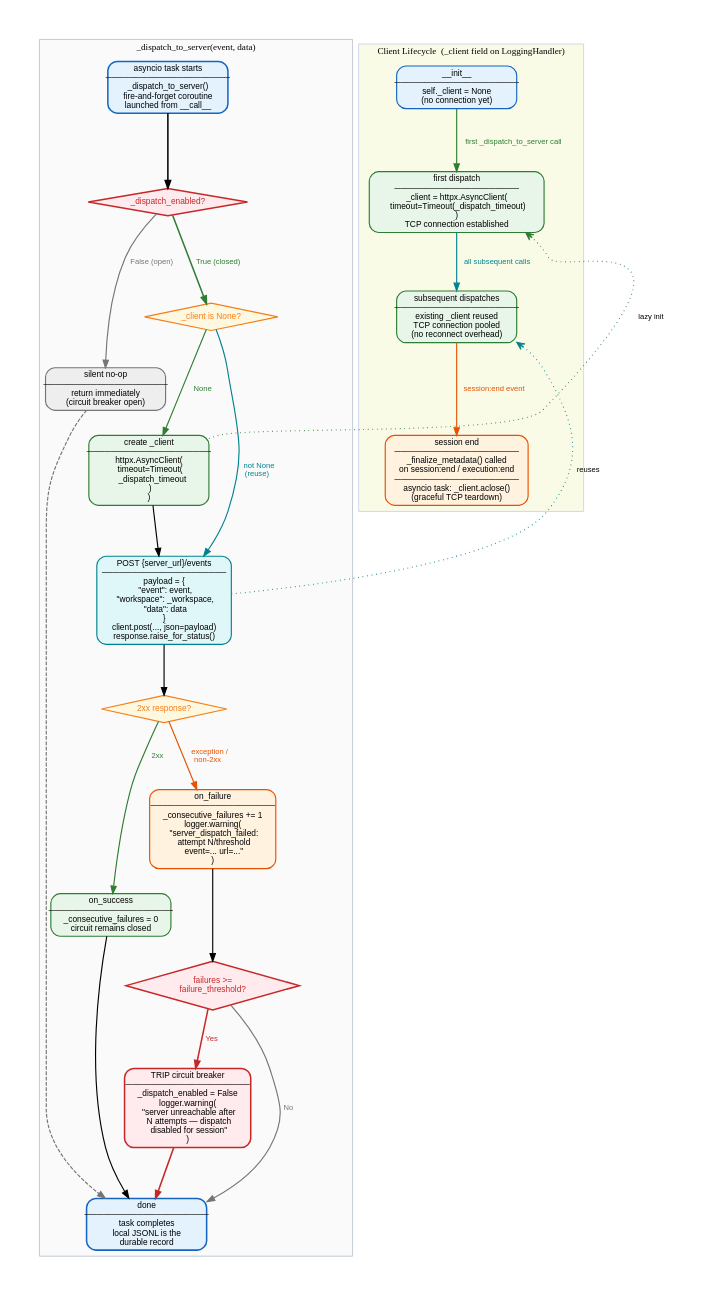
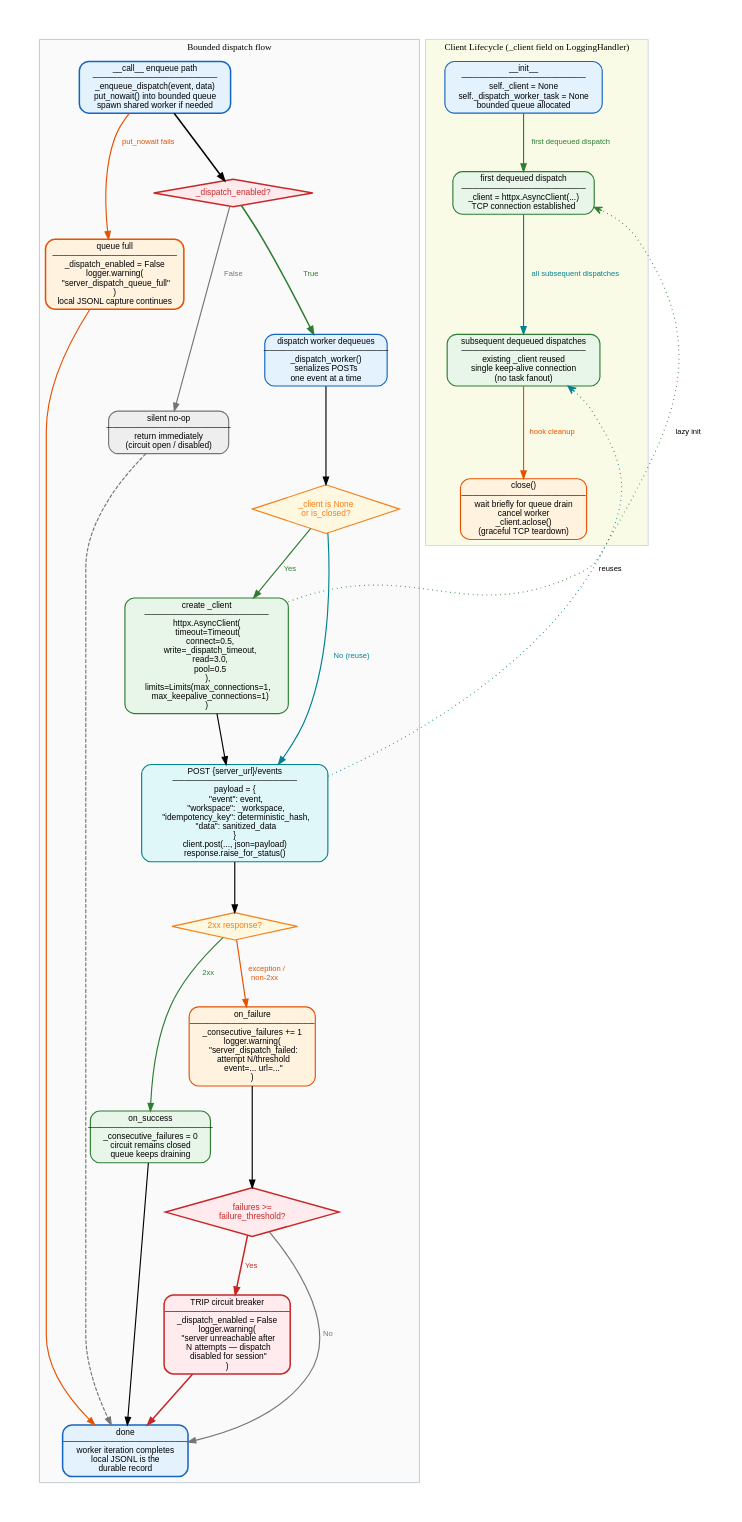
One commit to microsoft/amplifier-bundle-context-intelligence changed the diagram in docs/dispatch-circuit-breaker.dot. Above: the diagram before and after it, drawn with Graphviz. The commit also changed 11 other files, not shown here.

Commit message:
fix(hook): harden dispatch path and version metadata

```diff
--- a/docs/dispatch-circuit-breaker.dot
+++ b/docs/dispatch-circuit-breaker.dot
@@ -1,9 +1,10 @@
-// Dispatch Circuit Breaker — _dispatch_to_server Flow + Client Lifecycle
+// Dispatch Circuit Breaker — Queue Worker + _dispatch_to_server + Client Lifecycle
 // Context-Intelligence Bundle — LoggingHandler
 //
-// Shows the full dispatch flow with circuit breaker protection:
+// Shows the full bounded dispatch flow with circuit breaker protection:
+// - enqueue path in __call__ (bounded queue + worker startup)
 // - _dispatch_to_server internal logic (enabled check, lazy client, POST, failure tracking)
-// - Client Lifecycle (_client=None → lazy create → reuse → aclose on session end)
+// - client lifecycle (_client=None -> lazy create -> reuse -> aclose on close())
 //
 // Color coding:
 //   blue   (#E3F2FD / #1565C0) — entry / exit nodes
@@ -23,32 +24,31 @@
     ranksep=0.9;
     pad=0.5;
 
-    // ─── Global defaults ──────────────────────────────────────────────────────
     node [fontname="Helvetica", fontsize=11];
     edge [fontname="Helvetica", fontsize=10];
 
-    // ═══════════════════════════════════════════════════════════════════════
-    // DISPATCH FLOW — _dispatch_to_server(event, data)
-    // ═══════════════════════════════════════════════════════════════════════
-
     subgraph cluster_dispatch {
-        label="_dispatch_to_server(event, data)";
+        label="Bounded dispatch flow";
         style=filled;
         fillcolor="#FAFAFA";
         color="#B0BEC5";
         fontsize=12;
         fontname="Helvetica Bold";
 
-        // ─── Entry ────────────────────────────────────────────────────────
         node [shape=box, style="rounded,filled", penwidth=2];
 
         entry [
-            label="asyncio task starts\n─────────────────────\n_dispatch_to_server()\nfire-and-forget coroutine\nlaunched from __call__",
+            label="__call__ enqueue path\n─────────────────────\n_enqueue_dispatch(event, data)\nput_nowait() into bounded queue\nspawn shared worker if needed",
             fillcolor="#E3F2FD",
             color="#1565C0"
         ];
 
-        // ─── Check: dispatch enabled? ─────────────────────────────────────
+        queue_full [
+            label="queue full\n─────────────────────\n_dispatch_enabled = False\nlogger.warning(\n  \"server_dispatch_queue_full\"\n)\nlocal JSONL capture continues",
+            fillcolor="#FFF3E0",
+            color="#E65100"
+        ];
+
         node [shape=diamond, style=filled, penwidth=2];
 
         check_enabled [
@@ -58,42 +58,43 @@
             fontcolor="#C62828"
         ];
 
-        // ─── Skip (circuit open) ──────────────────────────────────────────
         node [shape=box, style="rounded,filled", penwidth=1.5];
 
         skip [
-            label="silent no-op\n─────────────────────\nreturn immediately\n(circuit breaker open)",
+            label="silent no-op\n─────────────────────\nreturn immediately\n(circuit open / disabled)",
             fillcolor="#EEEEEE",
             color="#757575"
         ];
 
-        // ─── Check: client exists? ────────────────────────────────────────
+        worker_entry [
+            label="dispatch worker dequeues\n─────────────────────\n_dispatch_worker()\nserializes POSTs\none event at a time",
+            fillcolor="#E3F2FD",
+            color="#1565C0"
+        ];
+
         node [shape=diamond, style=filled, penwidth=1.5];
 
         check_client [
-            label="_client is None?",
+            label="_client is None\nor is_closed?",
             fillcolor="#FFF8E1",
             color="#F57F17",
             fontcolor="#F57F17"
         ];
 
-        // ─── Create client ────────────────────────────────────────────────
         node [shape=box, style="rounded,filled", penwidth=1.5];
 
         create_client [
-            label="create _client\n─────────────────────\nhttpx.AsyncClient(\n  timeout=Timeout(\n    _dispatch_timeout\n  )\n)",
+            label="create _client\n─────────────────────\nhttpx.AsyncClient(\n  timeout=Timeout(\n    connect=0.5,\n    write=_dispatch_timeout,\n    read=3.0,\n    pool=0.5\n  ),\n  limits=Limits(max_connections=1,\n    max_keepalive_connections=1)\n)",
             fillcolor="#E8F5E9",
             color="#2E7D32"
         ];
 
-        // ─── POST to server ───────────────────────────────────────────────
         post [
-            label="POST {server_url}/events\n─────────────────────\npayload = {\n  \"event\": event,\n  \"workspace\": _workspace,\n  \"data\": data\n}\nclient.post(..., json=payload)\nresponse.raise_for_status()",
+            label="POST {server_url}/events\n─────────────────────\npayload = {\n  \"event\": event,\n  \"workspace\": _workspace,\n  \"idempotency_key\": deterministic_hash,\n  \"data\": sanitized_data\n}\nclient.post(..., json=payload)\nresponse.raise_for_status()",
             fillcolor="#E0F7FA",
             color="#00838F"
         ];
 
-        // ─── Check result ─────────────────────────────────────────────────
         node [shape=diamond, style=filled, penwidth=1.5];
 
         check_result [
@@ -103,23 +104,20 @@
             fontcolor="#F57F17"
         ];
 
-        // ─── On success ───────────────────────────────────────────────────
         node [shape=box, style="rounded,filled", penwidth=1.5];
 
         on_success [
-            label="on_success\n─────────────────────\n_consecutive_failures = 0\ncircuit remains closed",
+            label="on_success\n─────────────────────\n_consecutive_failures = 0\ncircuit remains closed\nqueue keeps draining",
             fillcolor="#E8F5E9",
             color="#2E7D32"
         ];
 
-        // ─── On failure ───────────────────────────────────────────────────
         on_failure [
             label="on_failure\n─────────────────────\n_consecutive_failures += 1\nlogger.warning(\n  \"server_dispatch_failed:\n  attempt N/threshold\n  event=... url=...\"\n)",
             fillcolor="#FFF3E0",
             color="#E65100"
         ];
 
-        // ─── Check threshold ──────────────────────────────────────────────
         node [shape=diamond, style=filled, penwidth=2];
 
         check_threshold [
@@ -129,7 +127,6 @@
             fontcolor="#C62828"
         ];
 
-        // ─── Trip circuit breaker ─────────────────────────────────────────
         node [shape=box, style="rounded,filled", penwidth=2];
 
         trip [
@@ -138,63 +135,88 @@
             color="#C62828"
         ];
 
-        // ─── Done ─────────────────────────────────────────────────────────
         done [
-            label="done\n─────────────────────\ntask completes\nlocal JSONL is the\ndurable record",
+            label="done\n─────────────────────\nworker iteration completes\nlocal JSONL is the\ndurable record",
             fillcolor="#E3F2FD",
             color="#1565C0"
         ];
 
-        // ─── Edges ────────────────────────────────────────────────────────
         entry -> check_enabled [penwidth=2];
+        entry -> queue_full [
+            label="  put_nowait fails  ",
+            color="#E65100",
+            fontcolor="#E65100",
+            penwidth=1.5
+        ];
 
         check_enabled -> skip [
-            label="  False (open)  ", color="#757575", fontcolor="#757575", penwidth=1.5
+            label="  False  ",
+            color="#757575",
+            fontcolor="#757575",
+            penwidth=1.5
         ];
-        check_enabled -> check_client [
-            label="  True (closed)  ", color="#2E7D32", fontcolor="#2E7D32", penwidth=2
+        check_enabled -> worker_entry [
+            label="  True  ",
+            color="#2E7D32",
+            fontcolor="#2E7D32",
+            penwidth=2
         ];
 
         skip -> done [penwidth=1.5, style=dashed, color="#757575"];
+        queue_full -> done [penwidth=1.5, color="#E65100"];
+
+        worker_entry -> check_client [penwidth=1.5];
 
         check_client -> create_client [
-            label="  None  ", color="#2E7D32", fontcolor="#2E7D32", penwidth=1.5
+            label="  Yes  ",
+            color="#2E7D32",
+            fontcolor="#2E7D32",
+            penwidth=1.5
         ];
         check_client -> post [
-            label="  not None\n  (reuse)  ", color="#00838F", fontcolor="#00838F", penwidth=1.5
+            label="  No (reuse)  ",
+            color="#00838F",
+            fontcolor="#00838F",
+            penwidth=1.5
         ];
 
         create_client -> post [penwidth=1.5];
-
         post -> check_result [penwidth=1.5];
 
         check_result -> on_success [
-            label="  2xx  ", color="#2E7D32", fontcolor="#2E7D32", penwidth=1.5
+            label="  2xx  ",
+            color="#2E7D32",
+            fontcolor="#2E7D32",
+            penwidth=1.5
         ];
         check_result -> on_failure [
-            label="  exception /\n  non-2xx  ", color="#E65100", fontcolor="#E65100", penwidth=1.5
+            label="  exception /\n  non-2xx  ",
+            color="#E65100",
+            fontcolor="#E65100",
+            penwidth=1.5
         ];
 
         on_success -> done [penwidth=1.5];
-
         on_failure -> check_threshold [penwidth=1.5];
 
         check_threshold -> done [
-            label="  No  ", color="#757575", fontcolor="#757575", penwidth=1.5
+            label="  No  ",
+            color="#757575",
+            fontcolor="#757575",
+            penwidth=1.5
         ];
         check_threshold -> trip [
-            label="  Yes  ", color="#C62828", fontcolor="#C62828", penwidth=2
+            label="  Yes  ",
+            color="#C62828",
+            fontcolor="#C62828",
+            penwidth=2
         ];
 
         trip -> done [penwidth=2, color="#C62828"];
     }
 
-    // ═══════════════════════════════════════════════════════════════════════
-    // CLIENT LIFECYCLE — _client state across a session
-    // ═══════════════════════════════════════════════════════════════════════
-
     subgraph cluster_lifecycle {
-        label="Client Lifecycle  (_client field on LoggingHandler)";
+        label="Client Lifecycle (_client field on LoggingHandler)";
         style=filled;
         fillcolor="#F9FBE7";
         color="#C5CAE9";
@@ -204,50 +226,63 @@
         node [shape=box, style="rounded,filled", penwidth=1.5];
 
         lc_init [
-            label="__init__\n─────────────────────\nself._client = None\n(no connection yet)",
+            label="__init__\n─────────────────────\nself._client = None\nself._dispatch_worker_task = None\nbounded queue allocated",
             fillcolor="#E3F2FD",
             color="#1565C0"
         ];
 
         lc_lazy [
-            label="first dispatch\n─────────────────────\n_client = httpx.AsyncClient(\n  timeout=Timeout(_dispatch_timeout)\n)\nTCP connection established",
+            label="first dequeued dispatch\n─────────────────────\n_client = httpx.AsyncClient(...)\nTCP connection established",
             fillcolor="#E8F5E9",
             color="#2E7D32"
         ];
 
         lc_reuse [
-            label="subsequent dispatches\n─────────────────────\nexisting _client reused\nTCP connection pooled\n(no reconnect overhead)",
+            label="subsequent dequeued dispatches\n─────────────────────\nexisting _client reused\nsingle keep-alive connection\n(no task fanout)",
             fillcolor="#E8F5E9",
             color="#2E7D32"
         ];
 
         lc_close [
-            label="session end\n─────────────────────\n_finalize_metadata() called\non session:end / execution:end\n─────────────────────\nasyncio task: _client.aclose()\n(graceful TCP teardown)",
+            label="close()\n─────────────────────\nwait briefly for queue drain\ncancel worker\n_client.aclose()\n(graceful TCP teardown)",
             fillcolor="#FFF3E0",
             color="#E65100"
         ];
 
         lc_init -> lc_lazy [
-            label="  first _dispatch_to_server call  ",
-            color="#2E7D32", fontcolor="#2E7D32", penwidth=1.5
+            label="  first dequeued dispatch  ",
+            color="#2E7D32",
+            fontcolor="#2E7D32",
+            penwidth=1.5
         ];
         lc_lazy -> lc_reuse [
-            label="  all subsequent calls  ",
-            color="#00838F", fontcolor="#00838F", penwidth=1.5
+            label="  all subsequent dispatches  ",
+            color="#00838F",
+            fontcolor="#00838F",
+            penwidth=1.5
         ];
         lc_reuse -> lc_close [
-            label="  session:end event  ",
-            color="#E65100", fontcolor="#E65100", penwidth=1.5
+            label="  hook cleanup  ",
+            color="#E65100",
+            fontcolor="#E65100",
+            penwidth=1.5
         ];
     }
 
-    // ─── Cross-cluster annotation ──────────────────────────────────────────
     create_client -> lc_lazy [
-        style=dotted, color="#2E7D32", arrowhead=vee, penwidth=1.5,
-        label="  lazy init  ", constraint=false
+        style=dotted,
+        color="#2E7D32",
+        arrowhead=vee,
+        penwidth=1.5,
+        label="  lazy init  ",
+        constraint=false
     ];
     post -> lc_reuse [
-        style=dotted, color="#00838F", arrowhead=vee, penwidth=1.5,
-        label="  reuses  ", constraint=false
+        style=dotted,
+        color="#00838F",
+        arrowhead=vee,
+        penwidth=1.5,
+        label="  reuses  ",
+        constraint=false
     ];
 }
```
